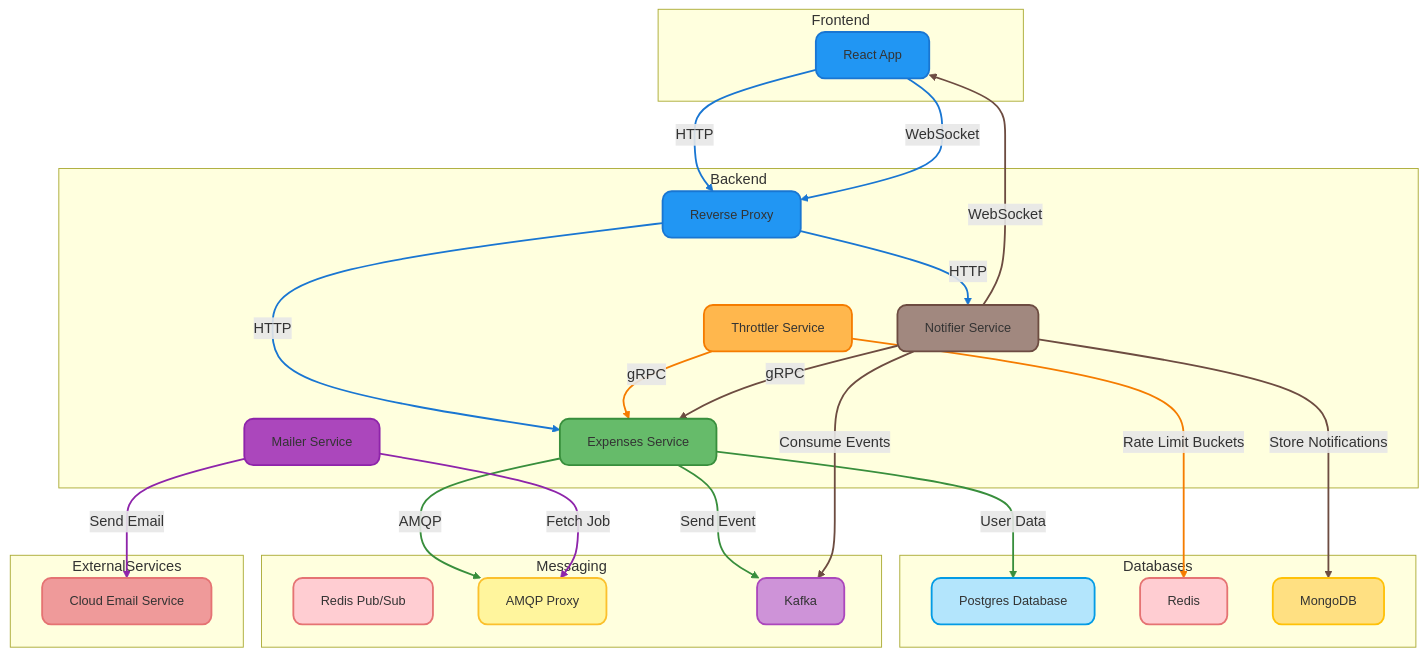
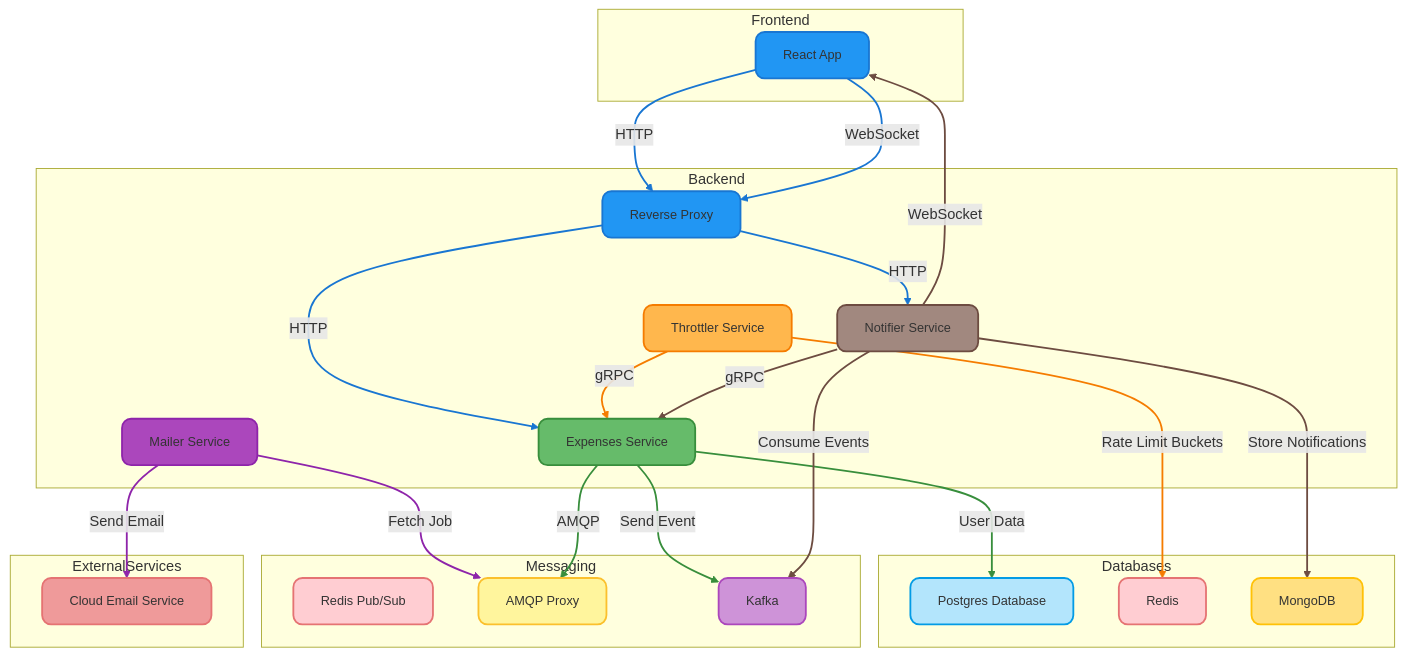
One commit to hasAnybodySeenHarry/expenses changed the diagram in README.md. Above: the diagram before and after it, drawn with Mermaid.

Commit message:
Modified messaging order

````diff
--- a/README.md
+++ b/README.md
@@ -7,78 +7,78 @@
 ```mermaid
 graph TD
     style ReactApp fill:#2196F3,stroke:#1976D2,stroke-width:2px,color:#333,font-size:14px,rx:10,ry:10
     style ReverseProxy fill:#2196F3,stroke:#1976D2,stroke-width:2px,color:#333,font-size:14px,rx:10,ry:10
     style Expenses fill:#66BB6A,stroke:#388E3C,stroke-width:2px,color:#333,font-size:14px,rx:10,ry:10
     style Throttler fill:#FFB74D,stroke:#F57C00,stroke-width:2px,color:#333,font-size:14px,rx:10,ry:10
     style Mailer fill:#AB47BC,stroke:#8E24AA,stroke-width:2px,color:#333,font-size:14px,rx:10,ry:10
     style Notifier fill:#A1887F,stroke:#6D4C41,stroke-width:2px,color:#333,font-size:14px,rx:10,ry:10
     style Postgres fill:#B3E5FC,stroke:#039BE5,stroke-width:2px,color:#333,font-size:14px,rx:10,ry:10
     style Redis fill:#FFCDD2,stroke:#E57373,stroke-width:2px,color:#333,font-size:14px,rx:10,ry:10
     style MongoDB fill:#FFE082,stroke:#FFC107,stroke-width:2px,color:#333,font-size:14px,rx:10,ry:10
     style RedisPubSub fill:#FFCDD2,stroke:#E57373,stroke-width:2px,color:#333,font-size:14px,rx:10,ry:10
     style AMQP fill:#FFF59D,stroke:#FBC02D,stroke-width:2px,color:#333,font-size:14px,rx:10,ry:10
     style Kafka fill:#CE93D8,stroke:#AB47BC,stroke-width:2px,color:#333,font-size:14px,rx:10,ry:10
     style CloudEmail fill:#EF9A9A,stroke:#E57373,stroke-width:2px,color:#333,font-size:14px,rx:10,ry:10
 
     subgraph Frontend
         ReactApp[React App]
     end
 
     subgraph Backend
         ReverseProxy[Reverse Proxy]
         Expenses[Expenses Service]
         Throttler[Throttler Service]
         Mailer[Mailer Service]
         Notifier[Notifier Service]
     end
 
     subgraph Databases
         Postgres[Postgres Database]
         Redis[Redis]
         MongoDB[MongoDB]
     end
 
     subgraph Messaging
         Kafka[Kafka]
         RedisPubSub[Redis Pub/Sub]
         AMQP[AMQP Proxy]
     end
 
     subgraph ExternalServices
         CloudEmail[Cloud Email Service]
     end
 
     %% Define connections with labels and directions
     ReactApp -- HTTP --> ReverseProxy
     ReverseProxy -- HTTP --> Expenses
     Expenses -- User Data --> Postgres
     Throttler -- gRPC --> Expenses
     Throttler -- Rate Limit Buckets --> Redis
+    Mailer -- Fetch Job --> AMQP
     Expenses -- AMQP --> AMQP
-    Mailer -- Fetch Job --> AMQP
     Mailer -- Send Email --> CloudEmail
     Expenses -- Send Event --> Kafka
     Notifier -- Consume Events --> Kafka
     Notifier -- Store Notifications --> MongoDB
     ReactApp -- WebSocket --> ReverseProxy
     ReverseProxy -- HTTP --> Notifier
     Notifier -- gRPC --> Expenses
     Notifier -- WebSocket --> ReactApp
 
     %% Style links
     linkStyle 0 stroke:#1976D2,stroke-width:2px
     linkStyle 1 stroke:#1976D2,stroke-width:2px
     linkStyle 2 stroke:#388E3C,stroke-width:2px
     linkStyle 3 stroke:#F57C00,stroke-width:2px
     linkStyle 4 stroke:#F57C00,stroke-width:2px
-    linkStyle 5 stroke:#388E3C,stroke-width:2px
-    linkStyle 6 stroke:#8E24AA,stroke-width:2px
+    linkStyle 5 stroke:#8E24AA,stroke-width:2px
+    linkStyle 6 stroke:#388E3C,stroke-width:2px
     linkStyle 7 stroke:#8E24AA,stroke-width:2px
     linkStyle 8 stroke:#388E3C,stroke-width:2px
     linkStyle 9 stroke:#6D4C41,stroke-width:2px
     linkStyle 10 stroke:#6D4C41,stroke-width:2px
     linkStyle 11 stroke:#1976D2,stroke-width:2px
     linkStyle 12 stroke:#1976D2,stroke-width:2px
     linkStyle 13 stroke:#6D4C41,stroke-width:2px
     linkStyle 14 stroke:#6D4C41,stroke-width:2px
 ```
````
